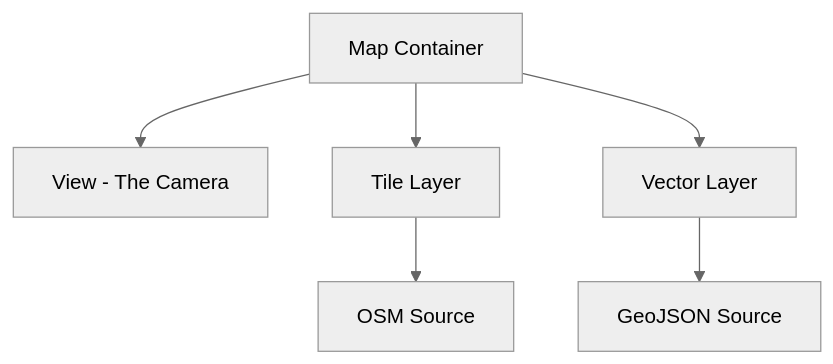
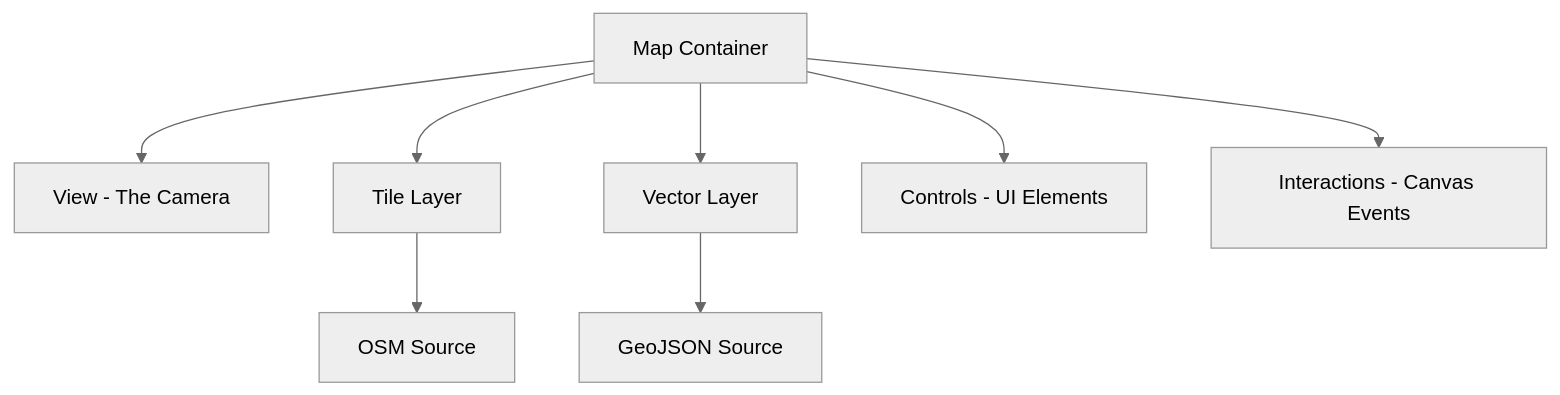
One commit to Rotten-Grapes-Pvt-Ltd/Trainings-openlayers changed the diagram in docs/module-1.md. Above: the diagram before and after it, drawn with Mermaid (neutral theme). The commit also changed other lines of this file and 8 other files, not shown here.

````diff
--- a/docs/module-1.md
+++ b/docs/module-1.md
@@ -13,8 +11,10 @@
 ```mermaid
 graph TD
     Map[Map Container] --> View[View - The Camera]
     Map --> Layer1[Tile Layer]
     Map --> Layer2[Vector Layer]
     Layer1 --> Source1[OSM Source]
     Layer2 --> Source2[GeoJSON Source]
+    Map --> Control[Controls - UI Elements]
+    Map --> Interaction[Interactions - Canvas Events]
 ```
````
